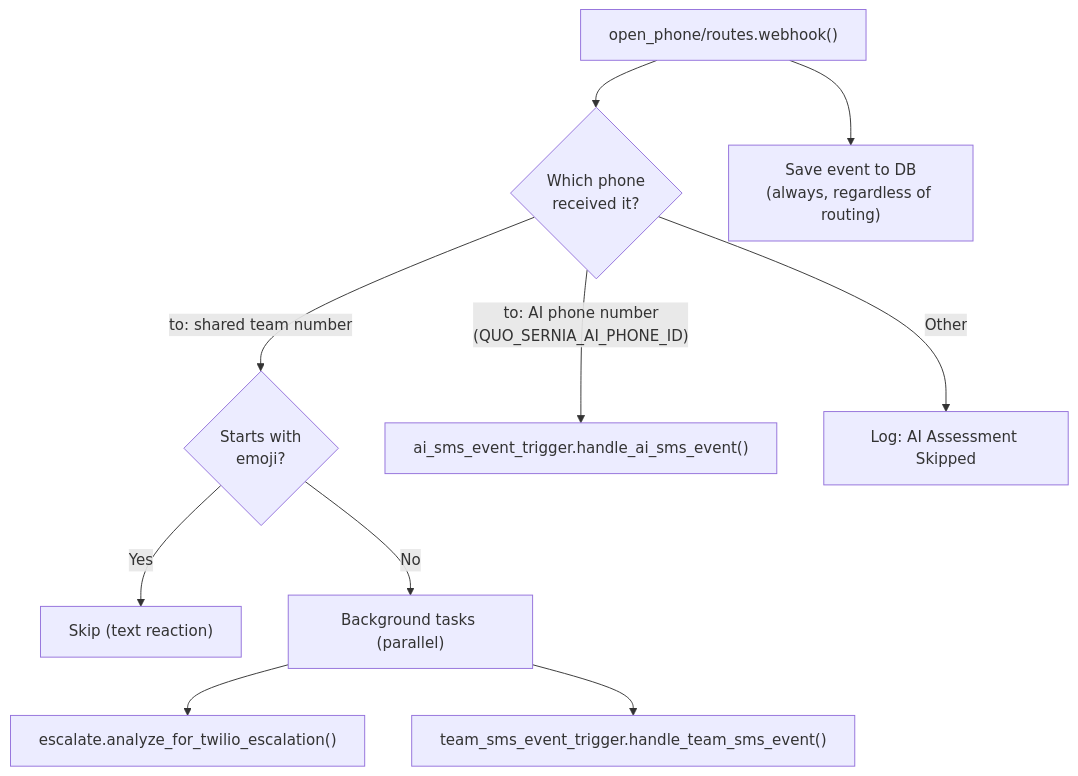
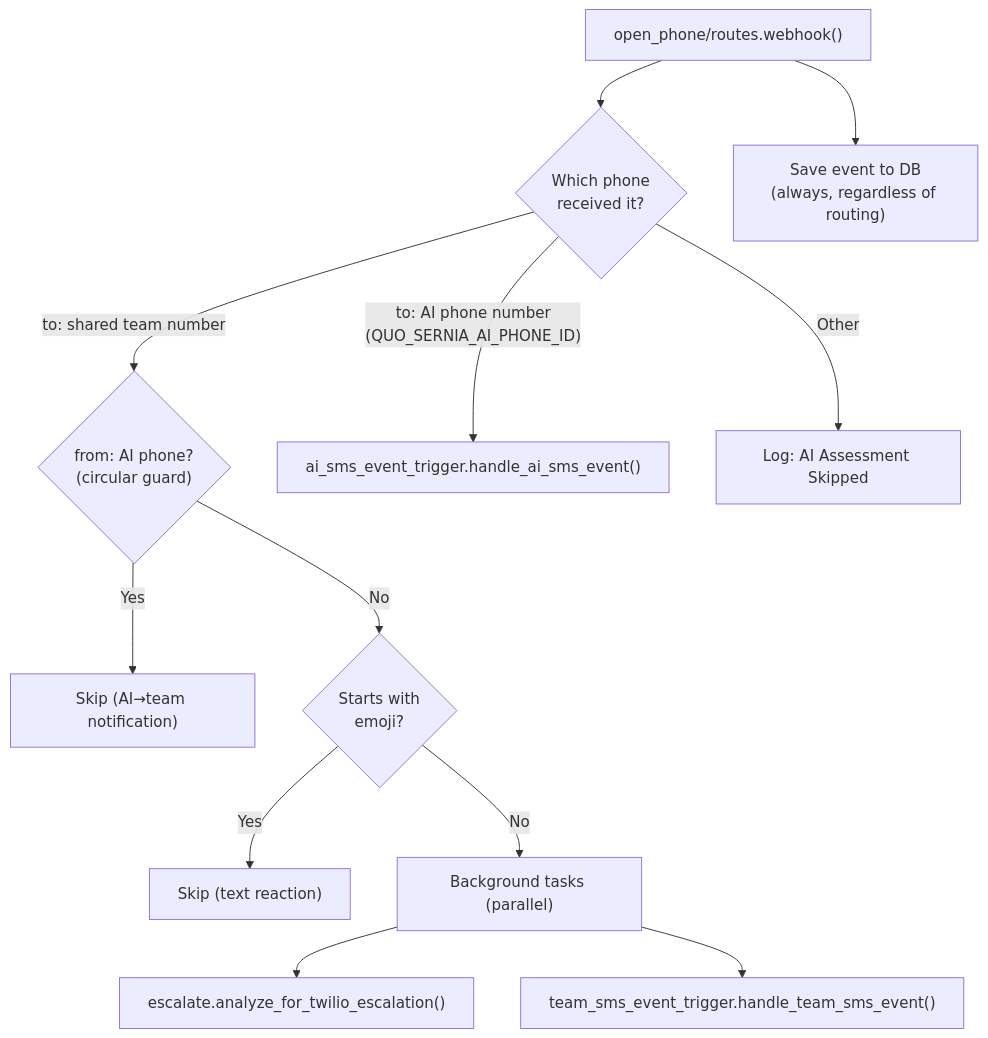
One commit to EmilioEsposito/portfolio changed the first of 4 diagrams in api/src/sernia_ai/triggers/README.md. Above: the diagram before and after it, drawn with Mermaid. The commit also changed other lines of this file and 6 other files, not shown here.

First line of the commit message:
Implement AI phone number caching and Sernia AI enablement check

````diff
--- a/api/src/sernia_ai/triggers/README.md
+++ b/api/src/sernia_ai/triggers/README.md
@@ -16,16 +16,18 @@
 ```mermaid
 flowchart TD
     WH["open_phone/routes.webhook()"] --> CHECK{Which phone<br/>received it?}
 
-    CHECK -->|"to: shared team number"| EMOJI{"Starts with<br/>emoji?"}
+    CHECK -->|"to: shared team number"| CIRC{"from: AI phone?<br/>(circular guard)"}
+    CIRC -->|Yes| SKIP_C["Skip (AI→team notification)"]
+    CIRC -->|No| EMOJI{"Starts with<br/>emoji?"}
     EMOJI -->|Yes| SKIP["Skip (text reaction)"]
     EMOJI -->|No| PAR["Background tasks (parallel)"]
     PAR --> TWILIO["escalate.analyze_for_twilio_escalation()"]
     PAR --> SMS_T["team_sms_event_trigger.handle_team_sms_event()"]
 
     CHECK -->|"to: AI phone number<br/>(QUO_SERNIA_AI_PHONE_ID)"| AI_SMS["ai_sms_event_trigger.handle_ai_sms_event()"]
 
     CHECK -->|"Other"| LOG["Log: AI Assessment Skipped"]
 
     WH --> DB["Save event to DB<br/>(always, regardless of routing)"]
 ```
````
